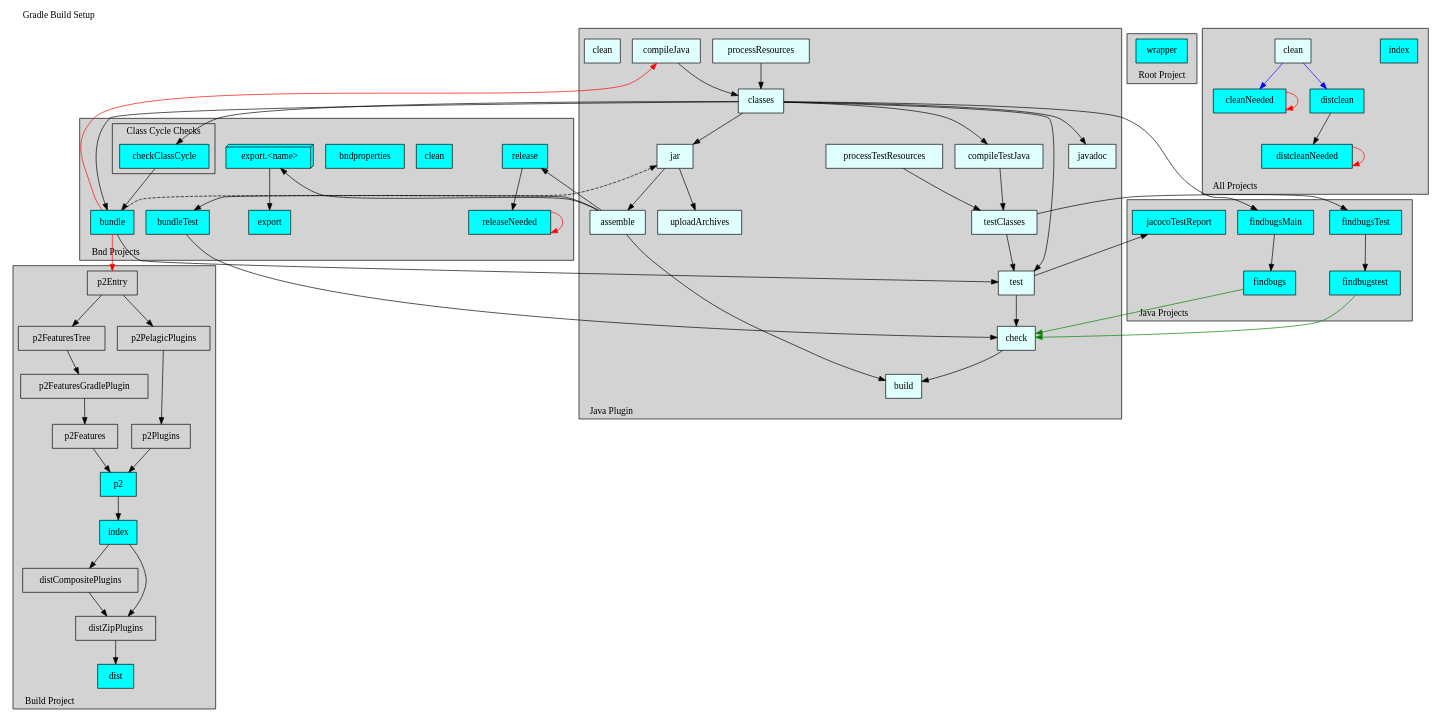
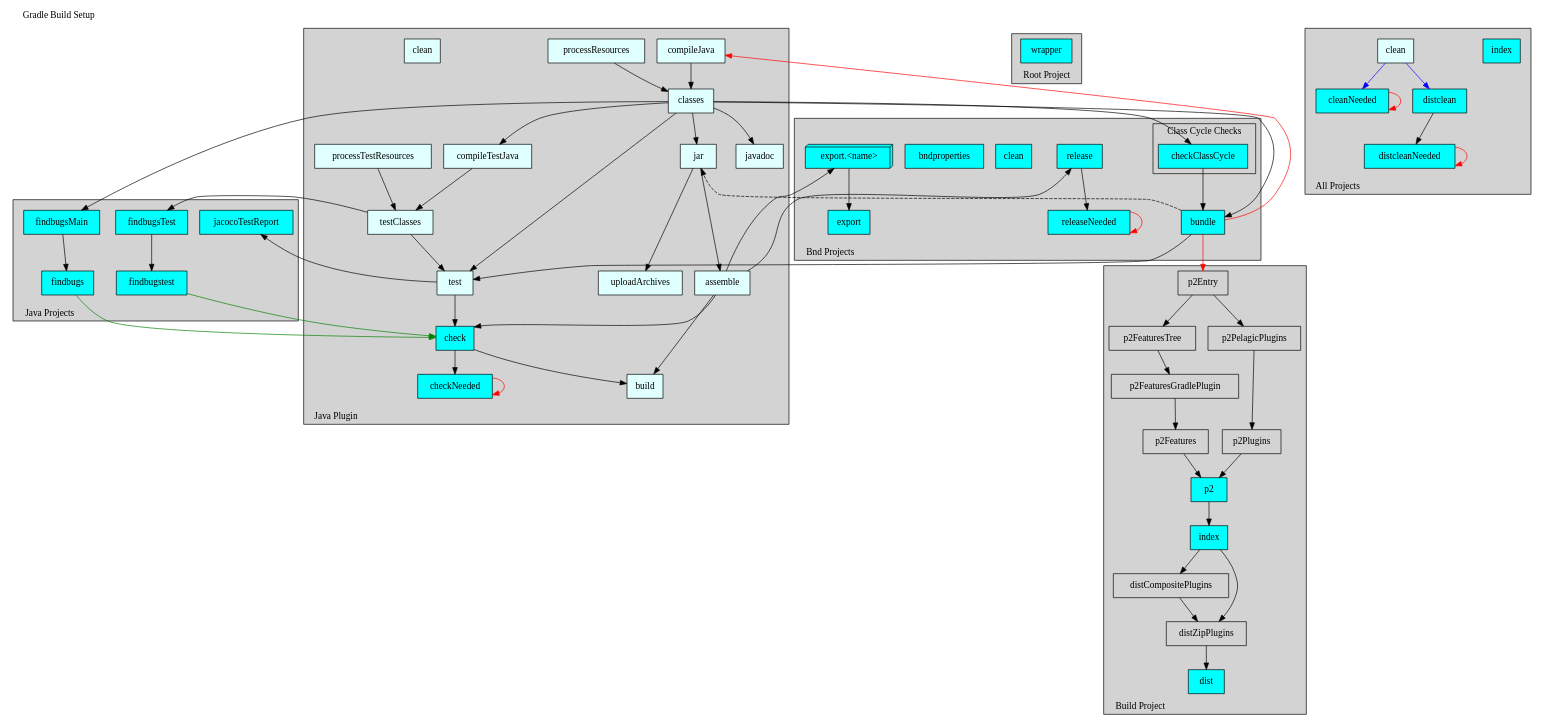
Before and after one commit to paulvi/bndtoolsPlugins: the diagram in cnf/gradle/doc/pelagic.dot, drawn with Graphviz. The commit also changed 9 other files, not shown here.

Commit message:
gradle: rename the 'bundleTest' task to 'check' & add 'checkNeeded'

```diff
--- a/cnf/gradle/doc/pelagic.dot
+++ b/cnf/gradle/doc/pelagic.dot
@@ -27,7 +27,8 @@
       processTestResources [shape=box, style=filled, fillcolor=lightcyan, label="processTestResources"]
       testClasses          [shape=box, style=filled, fillcolor=lightcyan, label="testClasses"         ]
       test                 [shape=box, style=filled, fillcolor=lightcyan, label="test"                ]
-      check                [shape=box, style=filled, fillcolor=lightcyan, label="check"               ]
+      check                [shape=box, style=filled, fillcolor=cyan     , label="check"               ]
+      checkNeeded          [shape=box, style=filled, fillcolor=cyan     , label="checkNeeded"         ]
     }
 
     subgraph cluster13 {
@@ -53,7 +54,10 @@
     jar                    -> assemble
     testClasses            -> test
     assemble               -> build
+    assemble               -> check
     test                   -> check
+    check                  -> checkNeeded
+    checkNeeded            -> checkNeeded        [color=red   ]
     check                  -> build
   }
 
@@ -70,7 +74,6 @@
       label="";
       style=invis;
       bundle               [shape=box, style=filled, fillcolor=cyan     , label="bundle"              ]
-      bundleTest           [shape=box, style=filled, fillcolor=cyan     , label="bundleTest"          ]
     }
 
     subgraph cluster22 {
@@ -106,12 +109,10 @@
     classes                -> bundle
     bundle                 -> compileJava        [color=red   ]
     bundle                 -> jar                [style=dashed]
-    assemble               -> bundleTest
     bundle                 -> test
     assemble               -> release
     assemble               -> exportX
     exportX                -> export
-    bundleTest             -> check
     release                -> releaseNeeded
     releaseNeeded          -> releaseNeeded      [color=red   ]
   }
```
